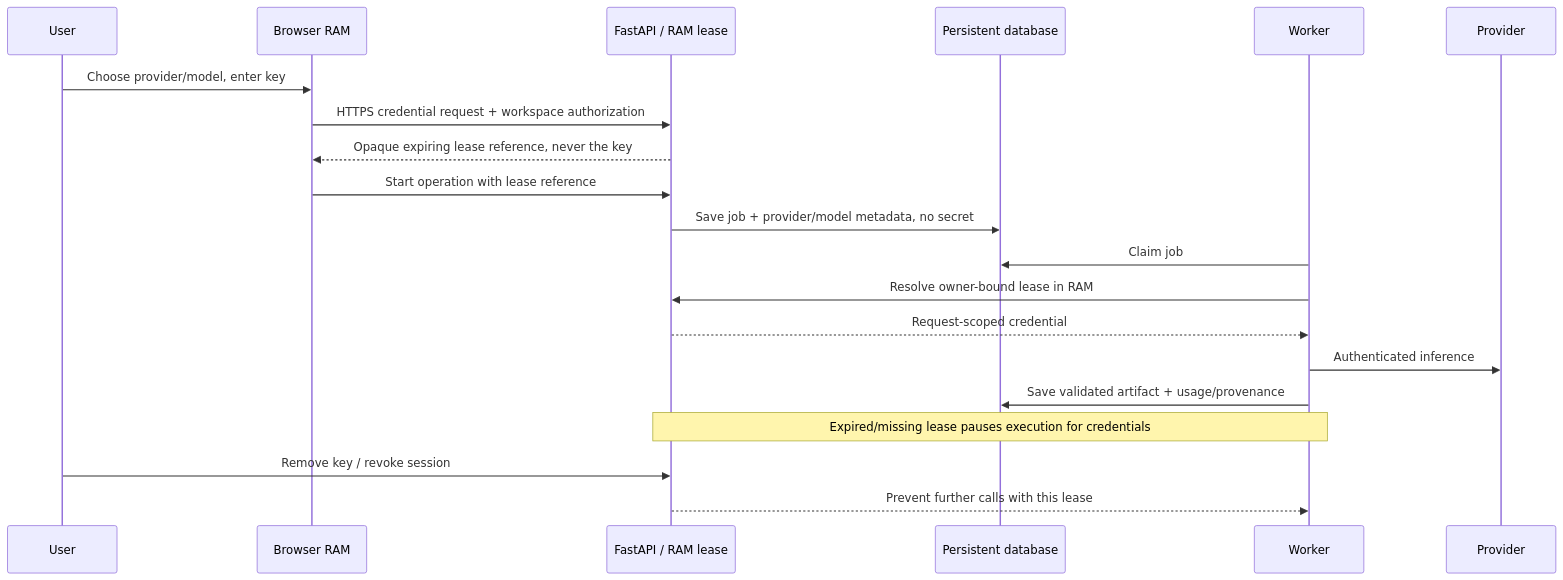
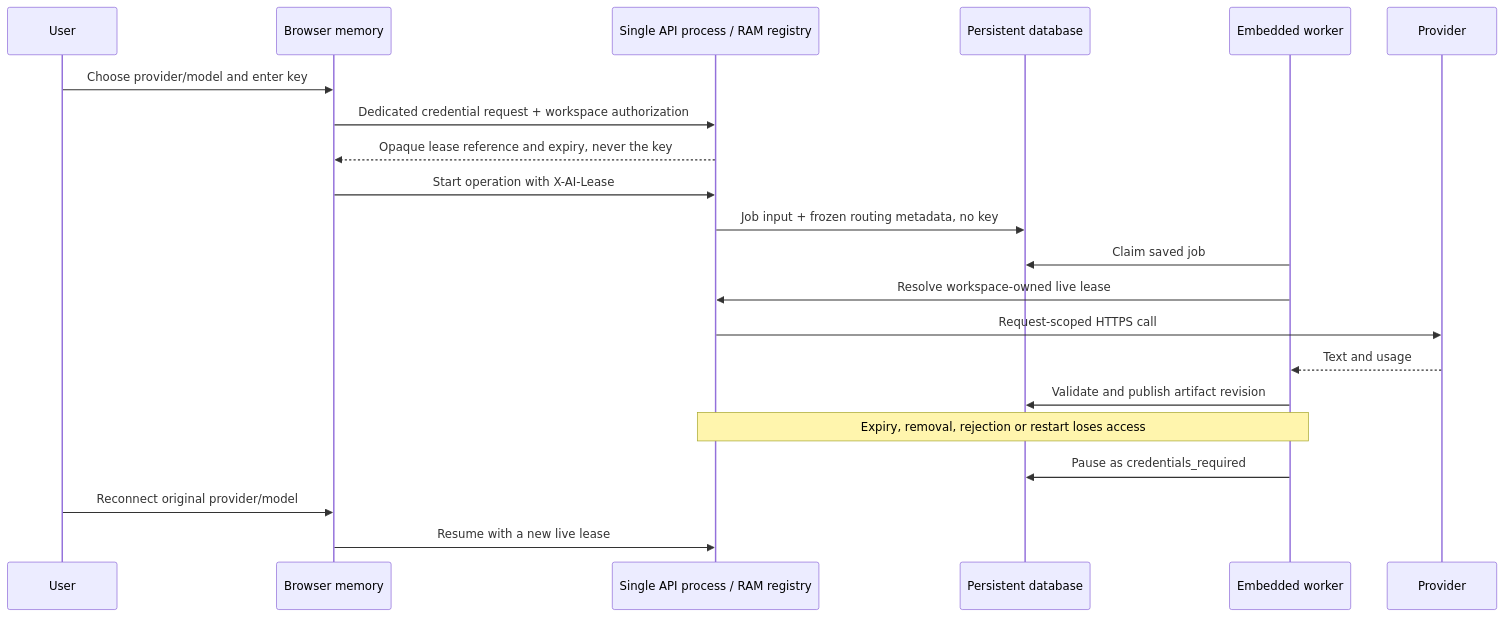
The diagram in docs/BYOK.md (Muneer320/exHacker), drawn with Mermaid before and after one commit. The commit also changed other lines of this file and 9 other files, not shown here.

````diff
--- a/docs/BYOK.md
+++ b/docs/BYOK.md
@@ -52,22 +20,23 @@
 ```mermaid
 sequenceDiagram
     participant User
-    participant Browser as Browser RAM
-    participant API as FastAPI / RAM lease
+    participant Browser as Browser memory
+    participant API as Single API process / RAM registry
     participant DB as Persistent database
-    participant Worker
+    participant Worker as Embedded worker
     participant Provider
-    User->>Browser: Choose provider/model, enter key
-    Browser->>API: HTTPS credential request + workspace authorization
-    API-->>Browser: Opaque expiring lease reference, never the key
-    Browser->>API: Start operation with lease reference
-    API->>DB: Save job + provider/model metadata, no secret
-    Worker->>DB: Claim job
-    Worker->>API: Resolve owner-bound lease in RAM
-    API-->>Worker: Request-scoped credential
-    Worker->>Provider: Authenticated inference
-    Worker->>DB: Save validated artifact + usage/provenance
-    Note over API,Worker: Expired/missing lease pauses execution for credentials
-    User->>API: Remove key / revoke session
-    API-->>Worker: Prevent further calls with this lease
+    User->>Browser: Choose provider/model and enter key
+    Browser->>API: Dedicated credential request + workspace authorization
+    API-->>Browser: Opaque lease reference and expiry, never the key
+    Browser->>API: Start operation with X-AI-Lease
+    API->>DB: Job input + frozen routing metadata, no key
+    Worker->>DB: Claim saved job
+    Worker->>API: Resolve workspace-owned live lease
+    API->>Provider: Request-scoped HTTPS call
+    Provider-->>Worker: Text and usage
+    Worker->>DB: Validate and publish artifact revision
+    Note over API,Worker: Expiry, removal, rejection or restart loses access
+    Worker->>DB: Pause as credentials_required
+    User->>Browser: Reconnect original provider/model
+    Browser->>API: Resume with a new live lease
 ```
````
